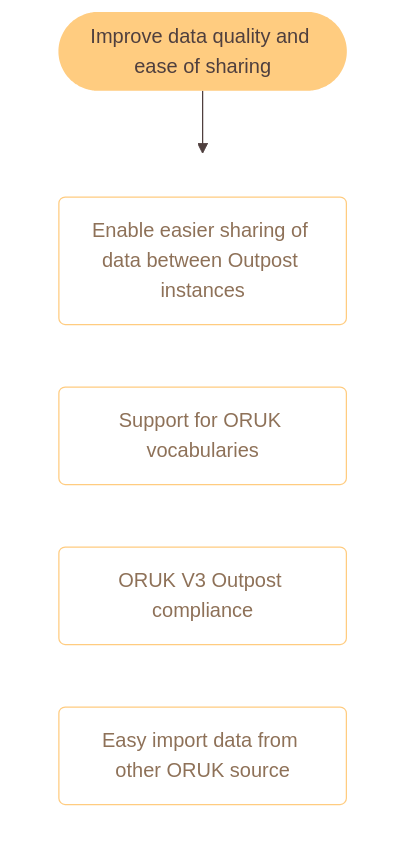
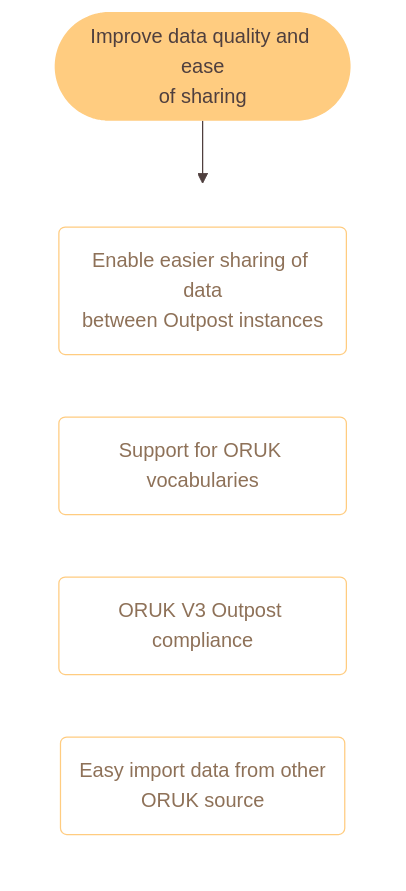
The second of 5 diagrams in README.md (wearefuturegov/Outpost-Platform), drawn with Mermaid before and after one commit. The commit also changed other lines of this file, not shown here.

````diff
--- a/README.md
+++ b/README.md
@@ -94,50 +94,50 @@
 ```mermaid
 %%{
 init:
 	{
 	"theme": "base",
 	"themeVariables":
 		{
 	      "primaryColor": "#b19f9a",
 	      "primaryTextColor": "#4f3f3e",
 	      "primaryBorderColor": "none",
 	      "lineColor": "#4f3f3e",
 	      "secondaryColor": "transparent",
 	      "tertiaryColor": "transparent"
 		},
 	"flowchart": {
 	  "curve": "linear"
         }
 	}
 }%%
 flowchart
 
 
     classDef ImproveDataQuality fill:#ffcc80,stroke:none
     classDef ImproveDataQualityTasks fill:#fff,stroke:#ffcc80,color:#8e7158
 
 
     %% Top level
 
+    %% 2 Improve data quality
+    ImproveDataQuality([Improve data quality and ease<br />of sharing]):::ImproveDataQuality
 
-    %% 2 Improve data quality
-    ImproveDataQuality([Improve data quality and ease of sharing]):::ImproveDataQuality
 
         %% 2.0_ Improve data quality and ease of sharing - tasks
 
     subgraph ImproveDataQualityTasks[ ]
-     ImproveDataQualityTask0("Enable easier sharing of data between Outpost instances"):::ImproveDataQualityTasks
+     ImproveDataQualityTask0("Enable easier sharing of data<br />between Outpost instances<br />"):::ImproveDataQualityTasks
      click ImproveDataQualityTask0 href "https://github.com/wearefuturegov/Outpost-Platform/issues/17"
-     ImproveDataQualityTask1("Support for ORUK vocabularies"):::ImproveDataQualityTasks
+     ImproveDataQualityTask1("Support for ORUK vocabularies<br />"):::ImproveDataQualityTasks
      click ImproveDataQualityTask1 href "https://github.com/wearefuturegov/Outpost-Platform/issues/16"
-     ImproveDataQualityTask2("ORUK V3 Outpost compliance"):::ImproveDataQualityTasks
+     ImproveDataQualityTask2("ORUK V3 Outpost compliance<br />"):::ImproveDataQualityTasks
      click ImproveDataQualityTask2 href "https://github.com/wearefuturegov/Outpost-Platform/issues/15"
-     ImproveDataQualityTask3("Easy import data from other ORUK source"):::ImproveDataQualityTasks
+     ImproveDataQualityTask3("Easy import data from other<br />ORUK source<br />"):::ImproveDataQualityTasks
      click ImproveDataQualityTask3 href "https://github.com/wearefuturegov/Outpost-Platform/issues/14"
     end
 
 
 
     ImproveDataQuality --> ImproveDataQualityTasks
 
 ```
````
